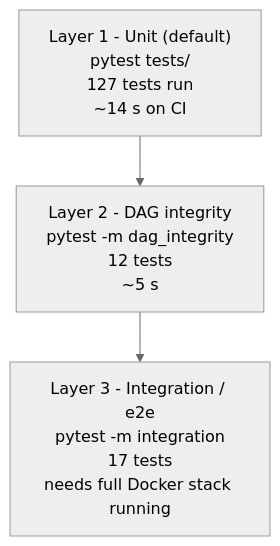
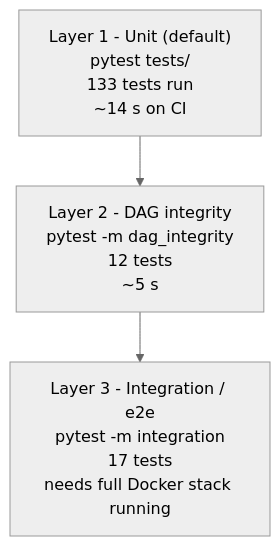
Before and after one commit to AhmedIkram05/w3c-etl-pipeline: diagram 14 of 14 in README.md, drawn with Mermaid (neutral theme). The commit also changed other lines of this file, not shown here.

````diff
--- a/README.md
+++ b/README.md
@@ -946,8 +979,8 @@
 ```mermaid
 flowchart TB
-    L1["Layer 1 - Unit (default)<br/>pytest tests/<br/>127 tests run<br/>~14 s on CI"]
+    L1["Layer 1 - Unit (default)<br/>pytest tests/<br/>133 tests run<br/>~14 s on CI"]
     L2["Layer 2 - DAG integrity<br/>pytest -m dag_integrity<br/>12 tests<br/>~5 s"]
     L3["Layer 3 - Integration / e2e<br/>pytest -m integration<br/>17 tests<br/>needs full Docker stack running"]
 
     L1 --> L2 --> L3
 ```
````
